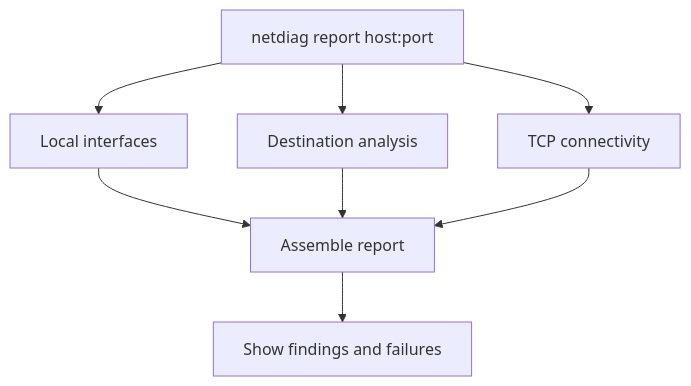
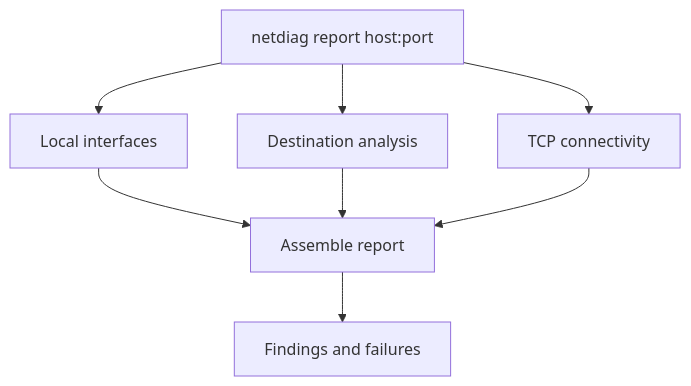
One commit to shomi-khan/red-blue-lab changed the fourth of 4 diagrams in chapters/02-see-your-network/README.md. Above: the diagram before and after it, drawn with Mermaid. The commit also changed other lines of this file, not shown here.

````diff
--- a/chapters/02-see-your-network/README.md
+++ b/chapters/02-see-your-network/README.md
@@ -501,10 +281,10 @@
 ```mermaid
 flowchart TD
     A["netdiag report host:port"] --> B["Local interfaces"]
     A --> C["Destination analysis"]
     A --> D["TCP connectivity"]
     B --> E["Assemble report"]
     C --> E
     D --> E
-    E --> F["Show findings and failures"]
+    E --> F["Findings and failures"]
 ```
````
